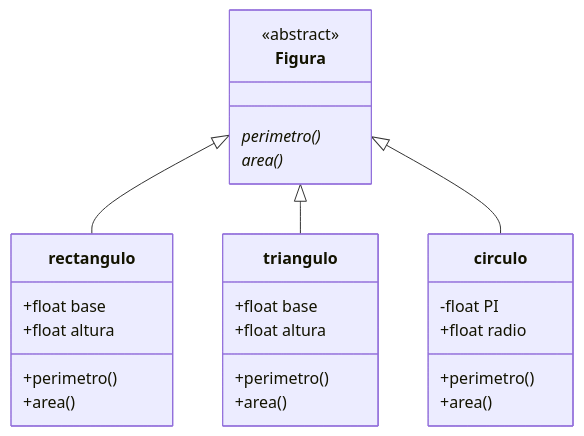
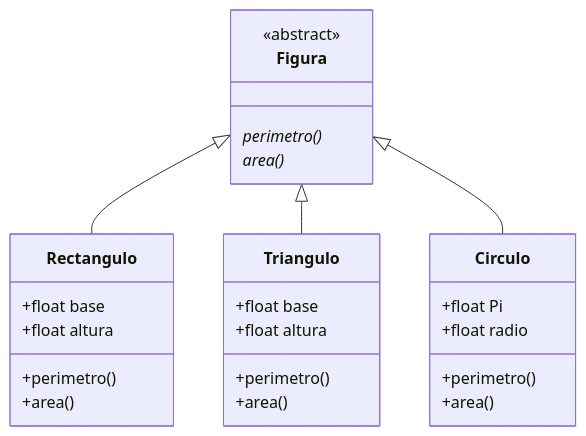
One commit to UzielSolis/Dise-o-de-software changed the diagram in pilares-POO/Tarea_3/UML_figuras.md. Above: the diagram before and after it, drawn with Mermaid. The commit also changed 2 other files, not shown here.

Commit message:
Finalizando Tarea 3 ya para entregar

````diff
--- a/pilares-POO/Tarea_3/UML_figuras.md
+++ b/pilares-POO/Tarea_3/UML_figuras.md
@@ -1,28 +1,28 @@
 ```mermaid
     classDiagram
         class Figura
         <<abstract>> Figura
-        Figura <|-- rectangulo
-        Figura <|-- triangulo
-        Figura <|-- circulo
+        Figura <|-- Rectangulo
+        Figura <|-- Triangulo
+        Figura <|-- Circulo
         Figura : perimetro()*
         Figura : area()*
-        class rectangulo {
+        class Rectangulo {
             +float base
             +float altura
             +perimetro()
             +area()
         }
-        class triangulo {
+        class Triangulo {
             +float base
             +float altura
             +perimetro()
             +area()
         }
-        class circulo {
-            -float PI
+        class Circulo {
+            +float Pi
             +float radio
             +perimetro()
             +area()
         }
 ```
````
